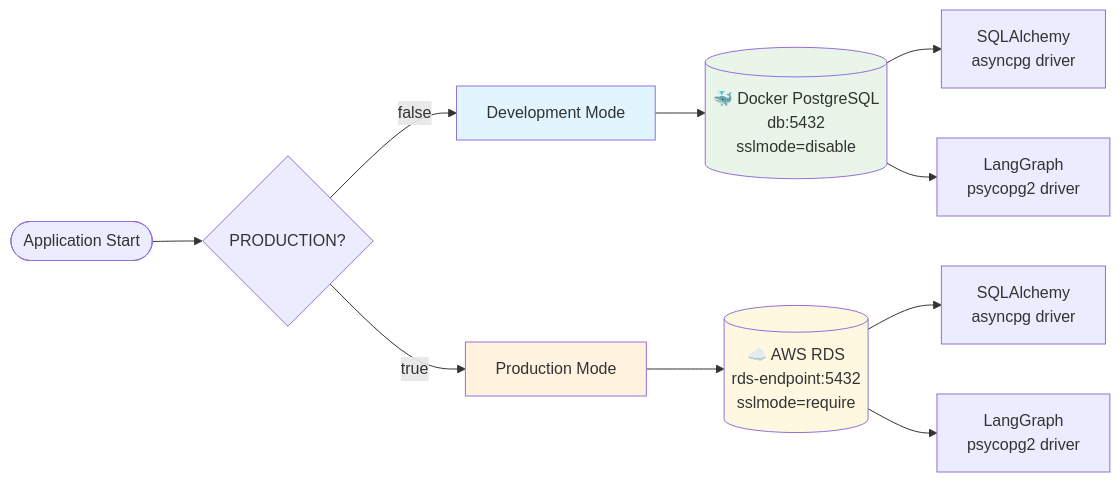
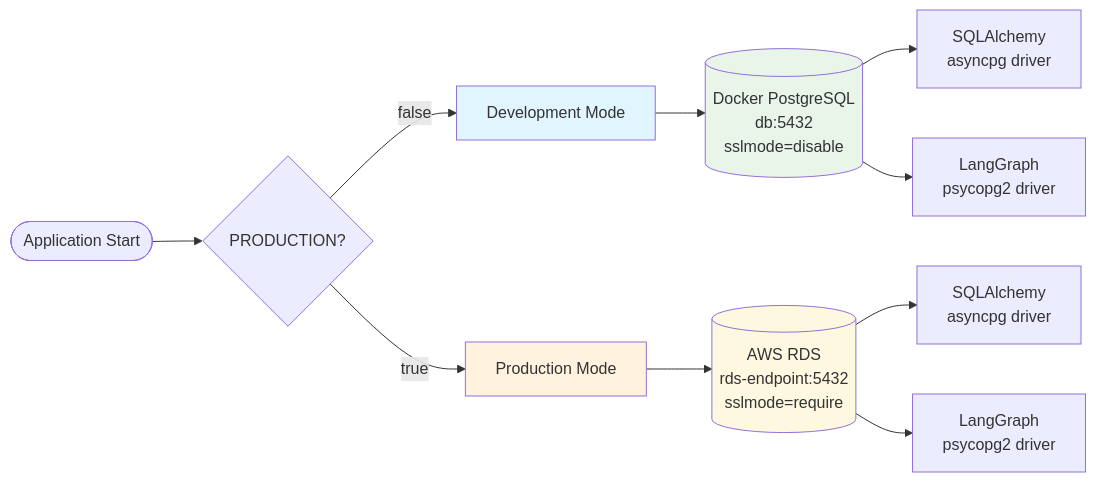
Before and after one commit to phaa/dyno-agent: the second of 3 diagrams in docs/INFRASTRUCTURE.md, drawn with Mermaid. The commit also changed other lines of this file and 21 other files, not shown here.

````diff
--- a/docs/INFRASTRUCTURE.md
+++ b/docs/INFRASTRUCTURE.md
@@ -72,21 +122,21 @@
 ```mermaid
 flowchart LR
     Start([Application Start]) --> Check{PRODUCTION?}
     
     Check -->|false| Dev[Development Mode]
     Check -->|true| Prod[Production Mode]
     
-    Dev --> DockerDB[(🐳 Docker PostgreSQL<br/>db:5432<br/>sslmode=disable)]
-    Prod --> AWSRDS[(☁️ AWS RDS<br/>rds-endpoint:5432<br/>sslmode=require)]
+    Dev --> DockerDB[(Docker PostgreSQL<br/>db:5432<br/>sslmode=disable)]
+    Prod --> AWSRDS[(AWS RDS<br/>rds-endpoint:5432<br/>sslmode=require)]
     
     DockerDB --> SQLAlchemy[SQLAlchemy<br/>asyncpg driver]
     DockerDB --> Checkpointer[LangGraph<br/>psycopg2 driver]
     
     AWSRDS --> SQLAlchemy2[SQLAlchemy<br/>asyncpg driver]
     AWSRDS --> Checkpointer2[LangGraph<br/>psycopg2 driver]
     
     style Dev fill:#e1f5fe
     style Prod fill:#fff3e0
     style DockerDB fill:#e8f5e8
     style AWSRDS fill:#fff8e1
 ```
````
